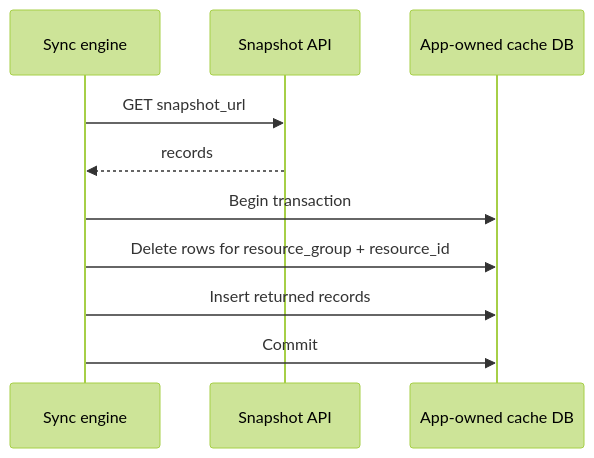
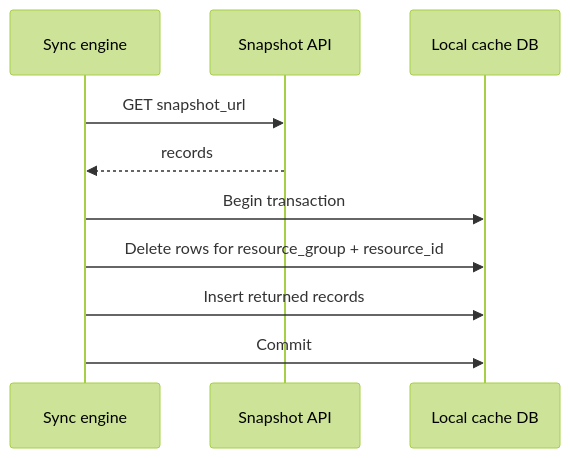
Before and after one commit to quran/qf-api-docs: the third of 3 diagrams in docs/tutorials/content-sync/offline-cache-patterns.mdx, drawn with Mermaid (forest theme). The commit also changed other lines of this file, not shown here.

````diff
--- a/docs/tutorials/content-sync/offline-cache-patterns.mdx
+++ b/docs/tutorials/content-sync/offline-cache-patterns.mdx
@@ -96,13 +96,13 @@
 ```mermaid
 sequenceDiagram
     participant Engine as Sync engine
     participant Snapshot as Snapshot API
-    participant DB as App-owned cache DB
+    participant DB as Local cache DB
 
     Engine->>Snapshot: GET snapshot_url
     Snapshot-->>Engine: records
     Engine->>DB: Begin transaction
     Engine->>DB: Delete rows for resource_group + resource_id
     Engine->>DB: Insert returned records
     Engine->>DB: Commit
 ```
````
